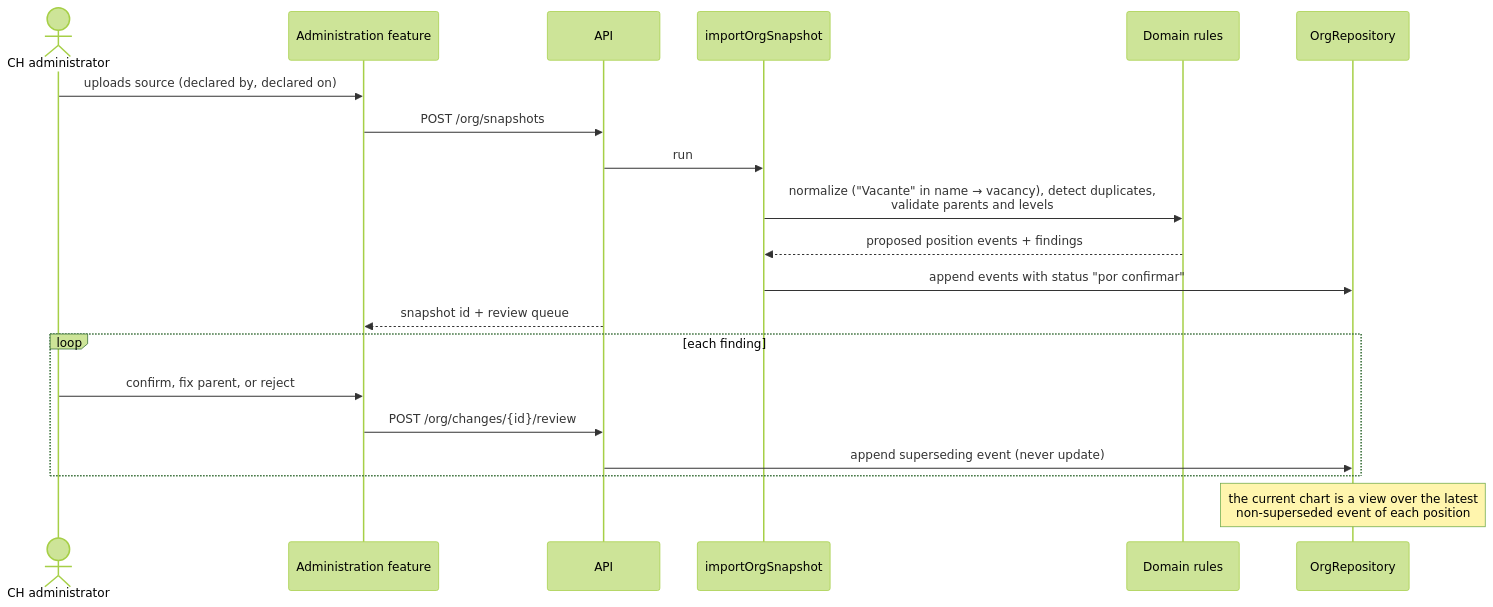
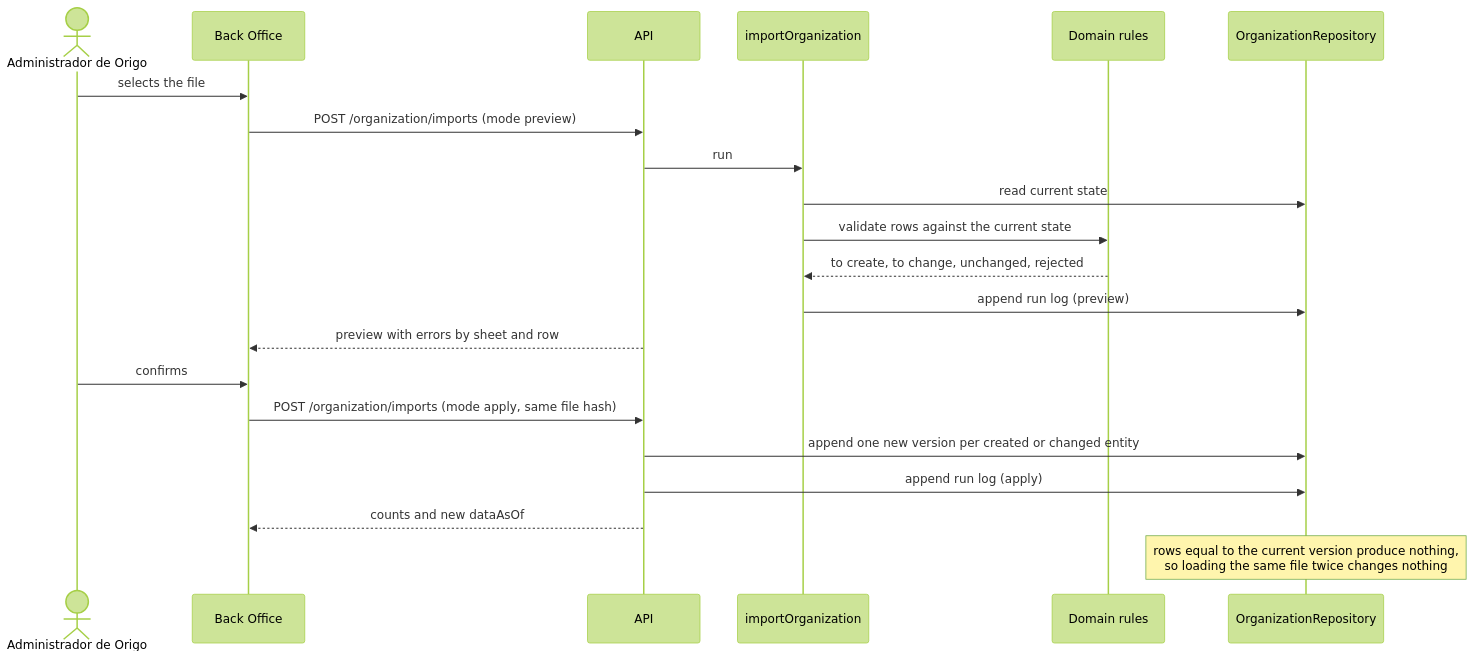
Before and after one commit to CreAI-mx/agrizar-origo-capital-humano: the seventh of 9 diagrams in docs/architecture/component-diagrams.md, drawn with Mermaid (forest theme). The commit also changed other lines of this file and 59 other files, not shown here.

First line of the commit message:
Build MD-2 organization tree with its Back Office (GRZR-31)

````diff
--- a/docs/architecture/component-diagrams.md
+++ b/docs/architecture/component-diagrams.md
@@ -313,23 +329,24 @@
 ```mermaid
 sequenceDiagram
-  actor Ad as CH administrator
-  participant UI as Administration feature
+  actor Ad as Administrador de Origo
+  participant UI as Back Office
   participant A as API
-  participant I as importOrgSnapshot
+  participant P as importOrganization
   participant D as Domain rules
-  participant O as OrgRepository
+  participant R as OrganizationRepository
 
-  Ad->>UI: uploads source (declared by, declared on)
-  UI->>A: POST /org/snapshots
-  A->>I: run
-  I->>D: normalize ("Vacante" in name → vacancy), detect duplicates,<br/>validate parents and levels
-  D-->>I: proposed position events + findings
-  I->>O: append events with status "por confirmar"
-  A-->>UI: snapshot id + review queue
-  loop each finding
-    Ad->>UI: confirm, fix parent, or reject
-    UI->>A: POST /org/changes/{id}/review
-    A->>O: append superseding event (never update)
-  end
-  Note over O: the current chart is a view over the latest<br/>non-superseded event of each position
+  Ad->>UI: selects the file
+  UI->>A: POST /organization/imports (mode preview)
+  A->>P: run
+  P->>R: read current state
+  P->>D: validate rows against the current state
+  D-->>P: to create, to change, unchanged, rejected
+  P->>R: append run log (preview)
+  A-->>UI: preview with errors by sheet and row
+  Ad->>UI: confirms
+  UI->>A: POST /organization/imports (mode apply, same file hash)
+  A->>R: append one new version per created or changed entity
+  A->>R: append run log (apply)
+  A-->>UI: counts and new dataAsOf
+  Note over R: rows equal to the current version produce nothing,<br/>so loading the same file twice changes nothing
 ```
````
